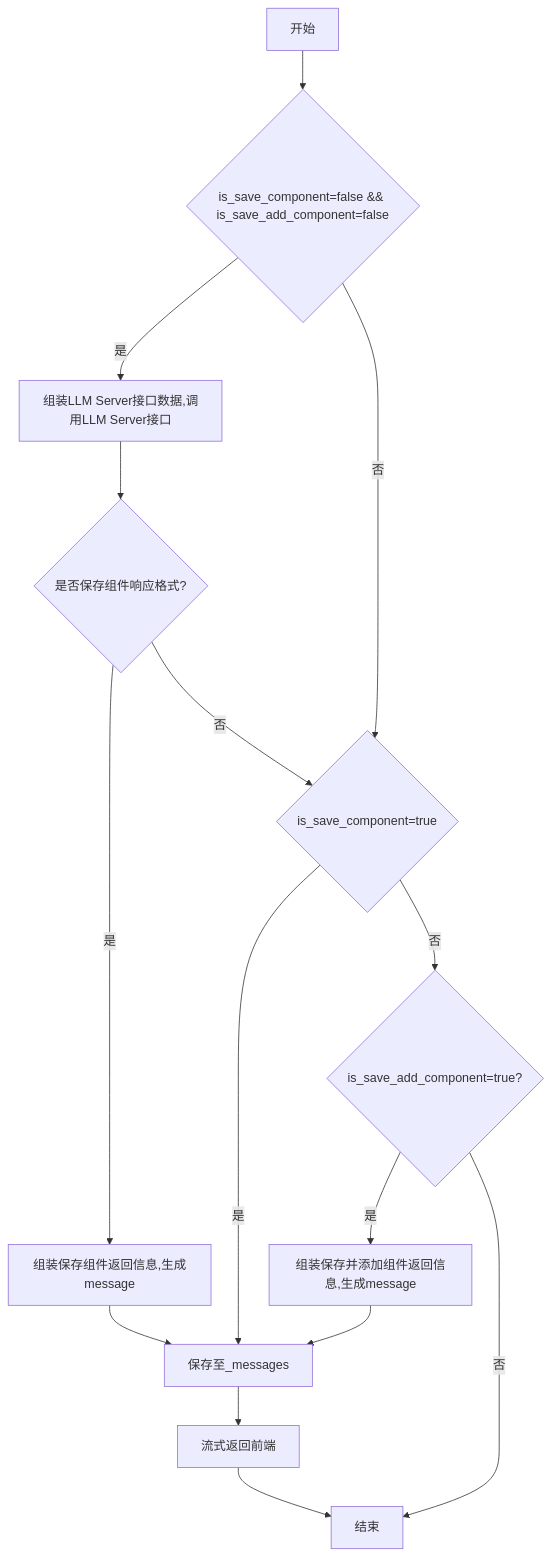
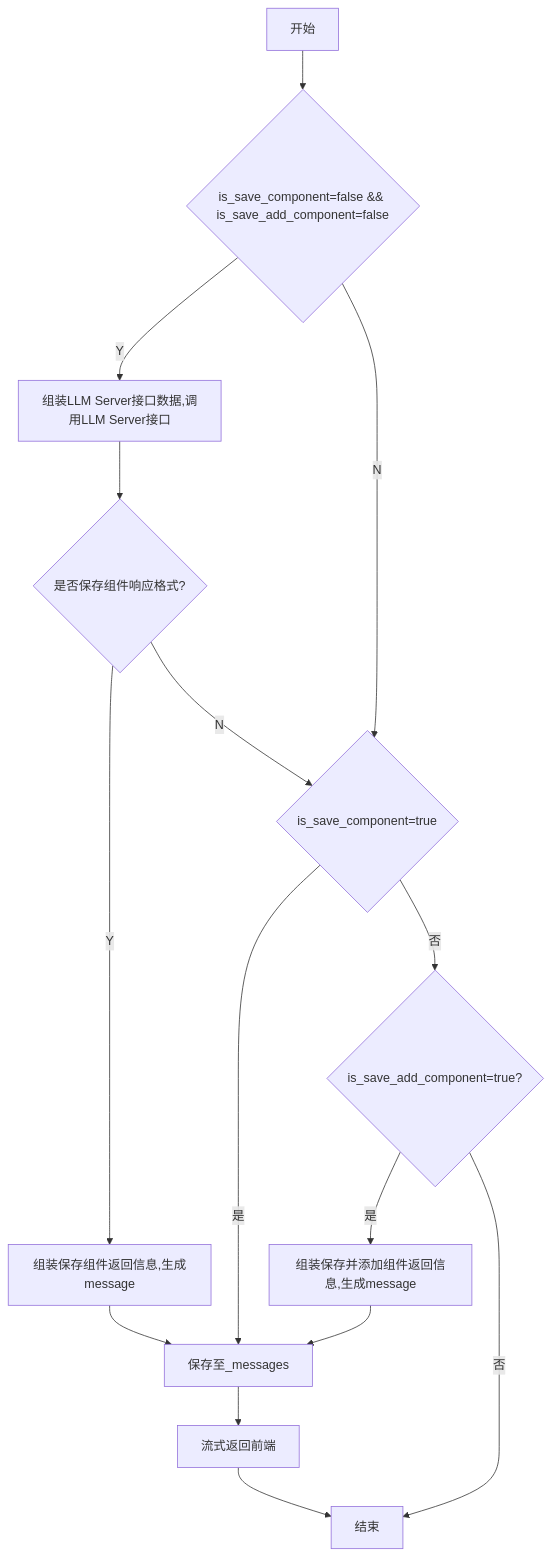
The diagram in all/未命名-7.md (yingjianzh/iodraw-files), drawn with Mermaid before and after one commit.

Commit message:
2024-10-12 13:57:42 update

````diff
--- a/all/未命名-7.md
+++ b/all/未命名-7.md
@@ -1,18 +1,18 @@
 ```mermaid
 flowchart TD
     A[开始] --> B{is_save_component=false && is_save_add_component=false}
-    B -- 是 --> C[组装LLM Server接口数据,调用LLM Server接口]
-    B -- 否 --> D{is_save_component=true}
+    B -- Y --> C[组装LLM Server接口数据,调用LLM Server接口]
+    B -- N --> D{is_save_component=true}
     C --> E{是否保存组件响应格式?}
-    E -- 是 --> F[组装保存组件返回信息,生成message]
-    E -- 否 --> D
+    E -- Y --> F[组装保存组件返回信息,生成message]
+    E -- N --> D
     F --> G[保存至_messages]
     G --> H[流式返回前端]
     H --> I[结束]
     D -- 是 --> G
     D -- 否 --> J{is_save_add_component=true?}
     J -- 是 --> K[组装保存并添加组件返回信息,生成message]
     K --> G
     J -- 否 --> I
 
 ```
````
